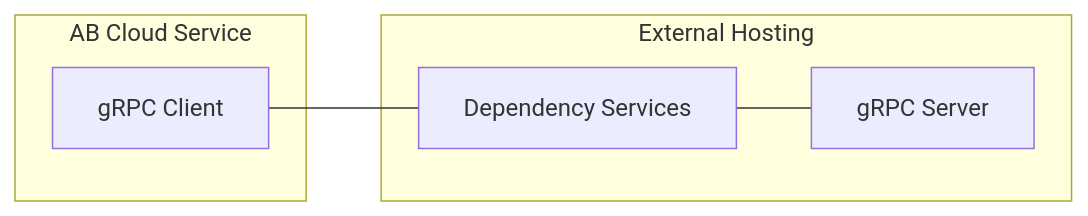
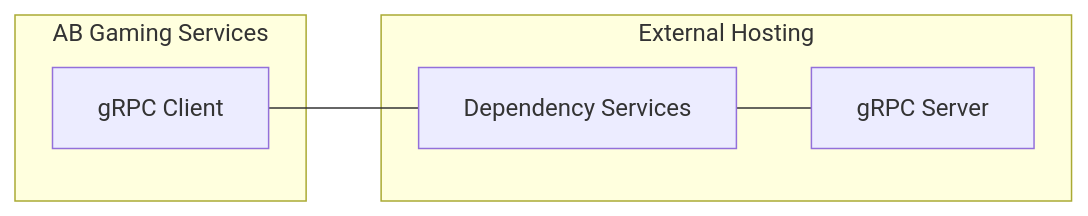
Before and after one commit to AccelByte/grpc-plugin-dependencies: the diagram in OVERVIEW.md, drawn with Mermaid. The commit also changed other lines of this file and 1 other file, not shown here.

Commit message:
chore(docs): rename AccelByte Cloud to AccelByte Gaming Services

````diff
--- a/OVERVIEW.md
+++ b/OVERVIEW.md
@@ -5,12 +5,12 @@
 ```mermaid
 flowchart LR
-   subgraph AB Cloud Service
+   subgraph AB Gaming Services
    CL[gRPC Client]
    end
    subgraph External Hosting
    SV[gRPC Server]
    DS[Dependency Services]
    CL --- DS
    end
    DS --- SV
 ```
````
